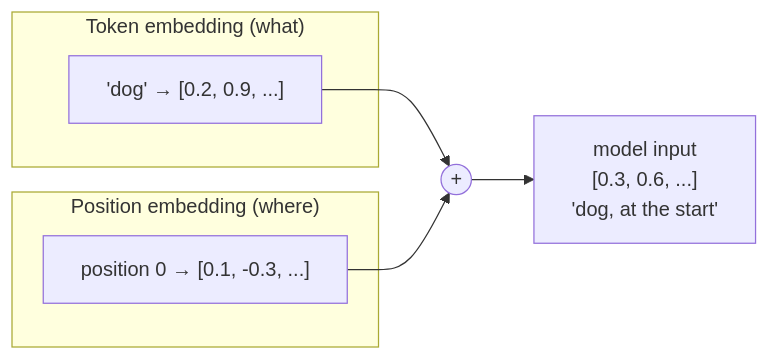
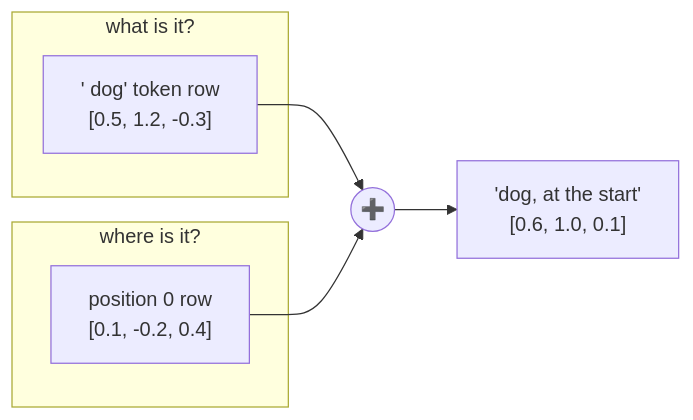
Before and after one commit to Ranjeet0611/tinygpt: the sixth of 11 diagrams in docs/03-embeddings.md, drawn with Mermaid. The commit also changed other lines of this file and 9 other files, not shown here.

````diff
--- a/docs/03-embeddings.md
+++ b/docs/03-embeddings.md
@@ -60,12 +130,12 @@
 ```mermaid
 flowchart LR
-    subgraph tok["Token embedding (what)"]
-        A["'dog' → [0.2, 0.9, ...]"]
+    subgraph W["what is it?"]
+        T1["' dog' token row<br/>[0.5, 1.2, -0.3]"]
     end
-    subgraph pos["Position embedding (where)"]
-        B["position 0 → [0.1, -0.3, ...]"]
+    subgraph P["where is it?"]
+        P1["position 0 row<br/>[0.1, -0.2, 0.4]"]
     end
-    A --> PLUS(("+"))
-    B --> PLUS
-    PLUS --> C["model input<br/>[0.3, 0.6, ...]<br/>'dog, at the start'"]
+    T1 --> ADD(("➕"))
+    P1 --> ADD
+    ADD --> R["'dog, at the start'<br/>[0.6, 1.0, 0.1]"]
 ```
````
